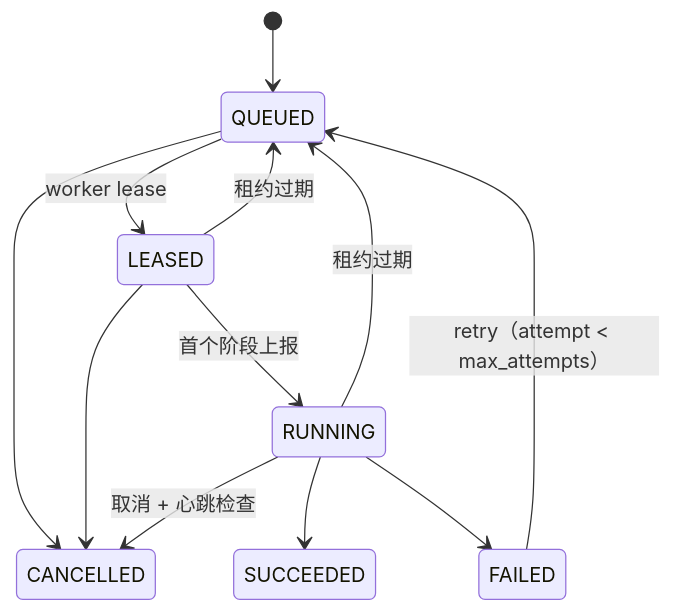
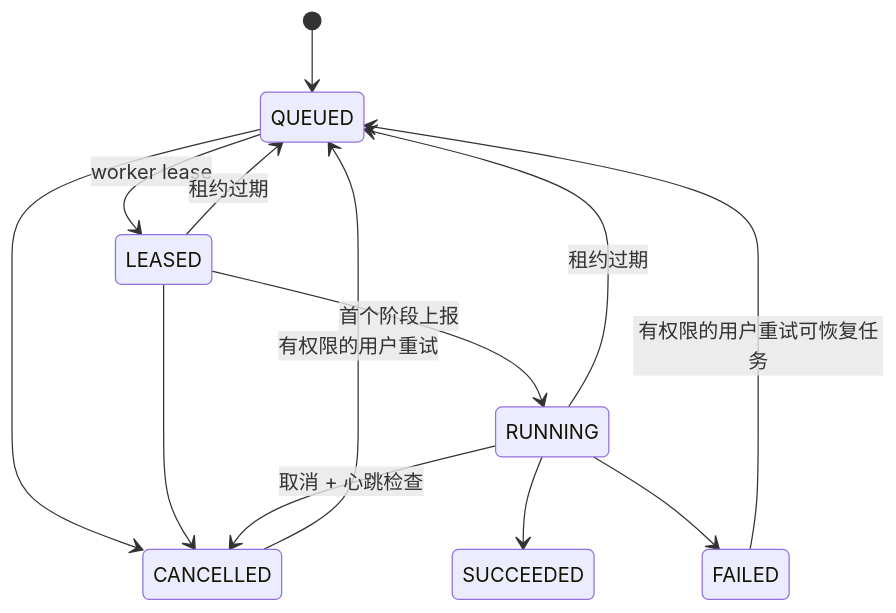
Before and after one commit to FLmhp/ReScene: the second of 2 diagrams in docs/项目说明.md, drawn with Mermaid. The commit also changed other lines of this file and 5 other files, not shown here.

````diff
--- a/docs/项目说明.md
+++ b/docs/项目说明.md
@@ -106,14 +107,15 @@
 ```mermaid
 stateDiagram-v2
   [*] --> QUEUED
   QUEUED --> LEASED: worker lease
   LEASED --> RUNNING: 首个阶段上报
   LEASED --> QUEUED: 租约过期
   RUNNING --> QUEUED: 租约过期
   QUEUED --> CANCELLED
   LEASED --> CANCELLED
   RUNNING --> CANCELLED: 取消 + 心跳检查
   RUNNING --> SUCCEEDED
   RUNNING --> FAILED
-  FAILED --> QUEUED: retry（attempt < max_attempts）
+  FAILED --> QUEUED: 有权限的用户重试可恢复任务
+  CANCELLED --> QUEUED: 有权限的用户重试
 ```
````
